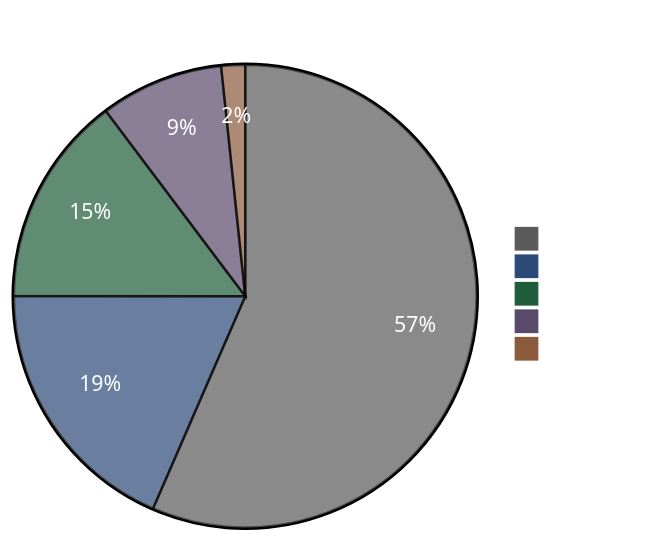
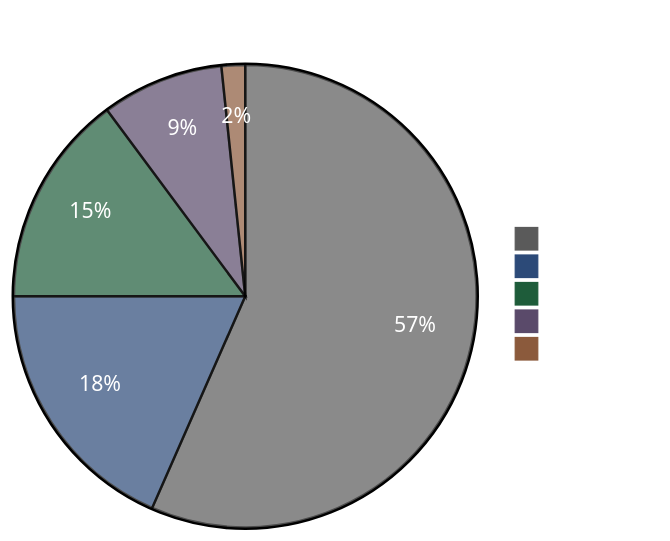
One commit to ccmeteorljh/reco-arxiv-daily changed the diagram in README.md. Above: the diagram before and after it, drawn with Mermaid. The commit also changed other lines of this file and 7 other files, not shown here.

````diff
--- a/README.md
+++ b/README.md
@@ -6,19 +6,19 @@
 ```mermaid
 %%{init: {'theme':'base', 'themeVariables': {
   'pie1':'#5a5a5a',
   'pie2':'#2c4a78',
   'pie3':'#1e5c3a',
   'pie4':'#5a4a6a',
   'pie5':'#8b5a3c',
   'pieTitleTextColor':'#ffffff',
   'pieSectionTextColor':'#ffffff',
   'pieLegendTextColor':'#ffffff'
 }}}%%
 pie showData
 title Paper Distribution by Tag
-  "Other" : 611
-  "LLM" : 200
-  "GR" : 159
+  "Other" : 618
+  "LLM" : 201
+  "GR" : 162
   "Seq" : 93
   "Scaling" : 18
 ```
````
